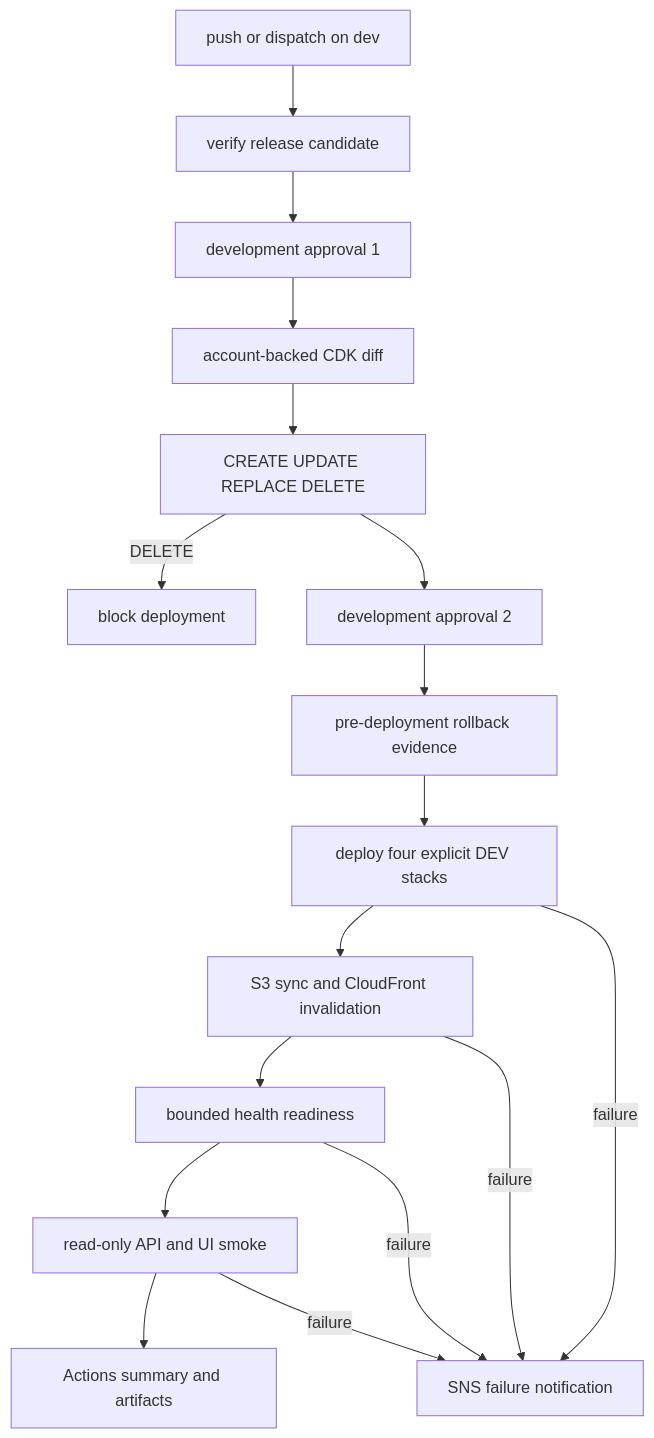
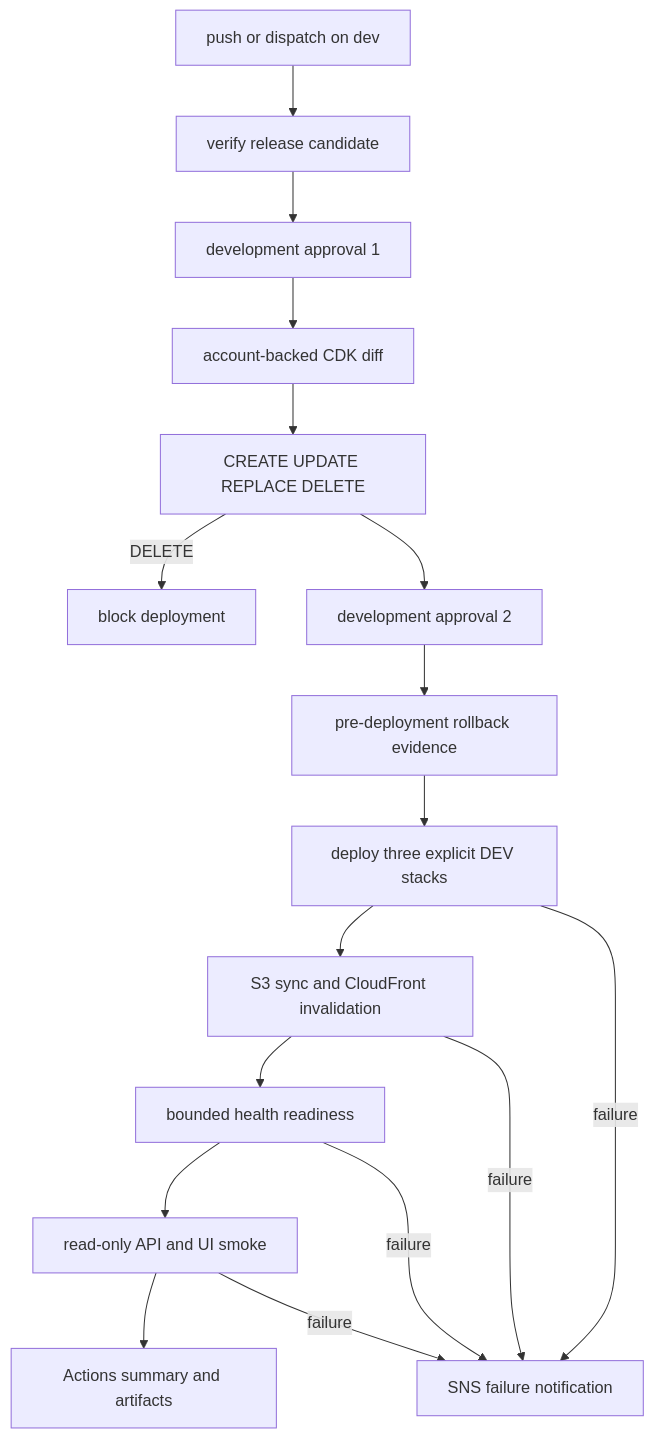
One commit to Shaobangzhu/chaoran-property-intelligence changed the diagram in docs/runbooks/aws-dev-deployment.md. Above: the diagram before and after it, drawn with Mermaid. The commit also changed other lines of this file and 34 other files, not shown here.

````diff
--- a/docs/runbooks/aws-dev-deployment.md
+++ b/docs/runbooks/aws-dev-deployment.md
@@ -19,19 +19,19 @@
 ```mermaid
 flowchart TD
     Dev[push or dispatch on dev] --> Verify[verify release candidate]
     Verify --> Approval1[development approval 1]
     Approval1 --> Diff[account-backed CDK diff]
     Diff --> Classify[CREATE UPDATE REPLACE DELETE]
     Classify -->|DELETE| Block[block deployment]
     Classify --> Approval2[development approval 2]
     Approval2 --> Evidence[pre-deployment rollback evidence]
-    Evidence --> Deploy[deploy four explicit DEV stacks]
+    Evidence --> Deploy[deploy three explicit DEV stacks]
     Deploy --> Web[S3 sync and CloudFront invalidation]
     Web --> Ready[bounded health readiness]
     Ready --> Smoke[read-only API and UI smoke]
     Smoke --> Results[Actions summary and artifacts]
     Deploy -->|failure| Failure[SNS failure notification]
     Web -->|failure| Failure
     Ready -->|failure| Failure
     Smoke -->|failure| Failure
 ```
````
